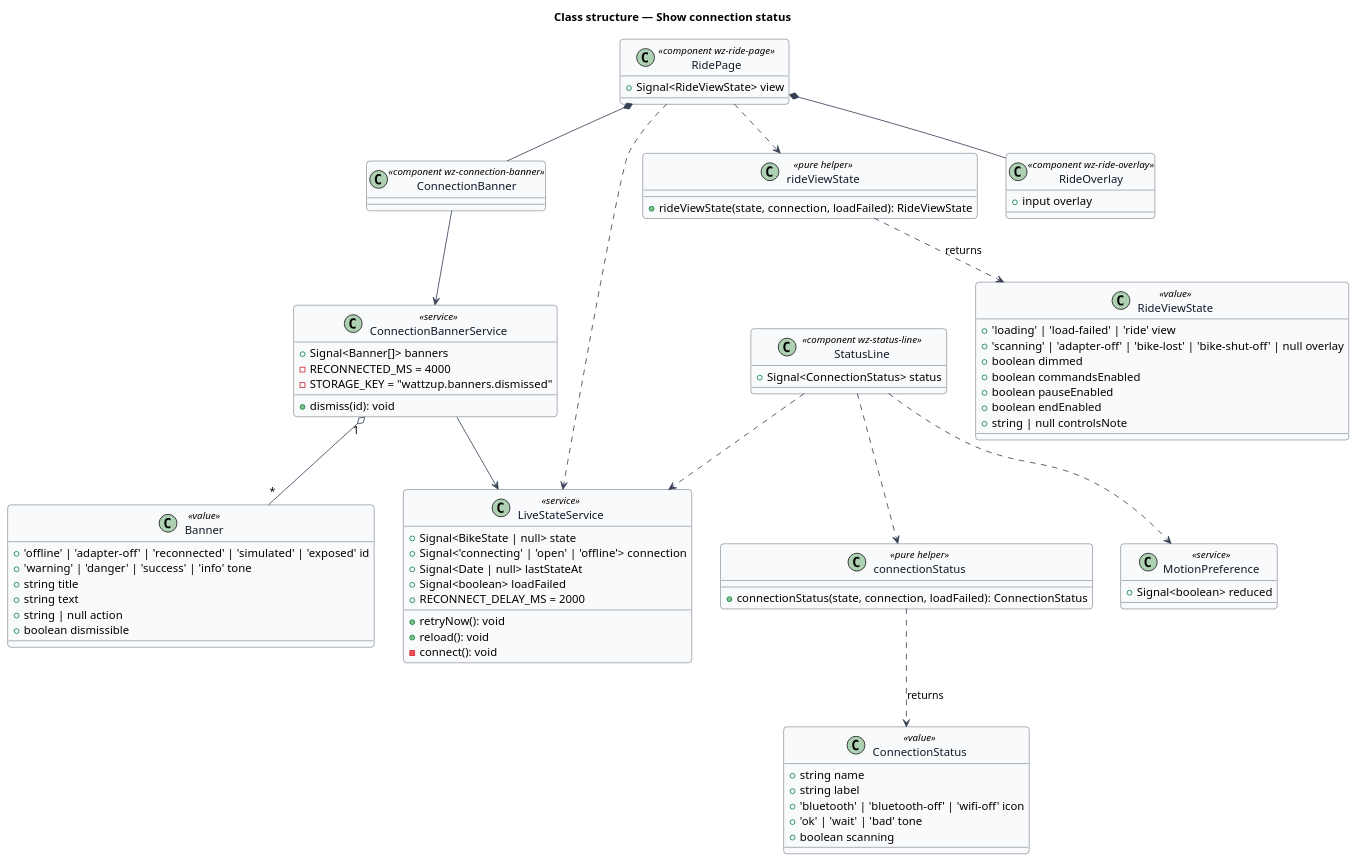
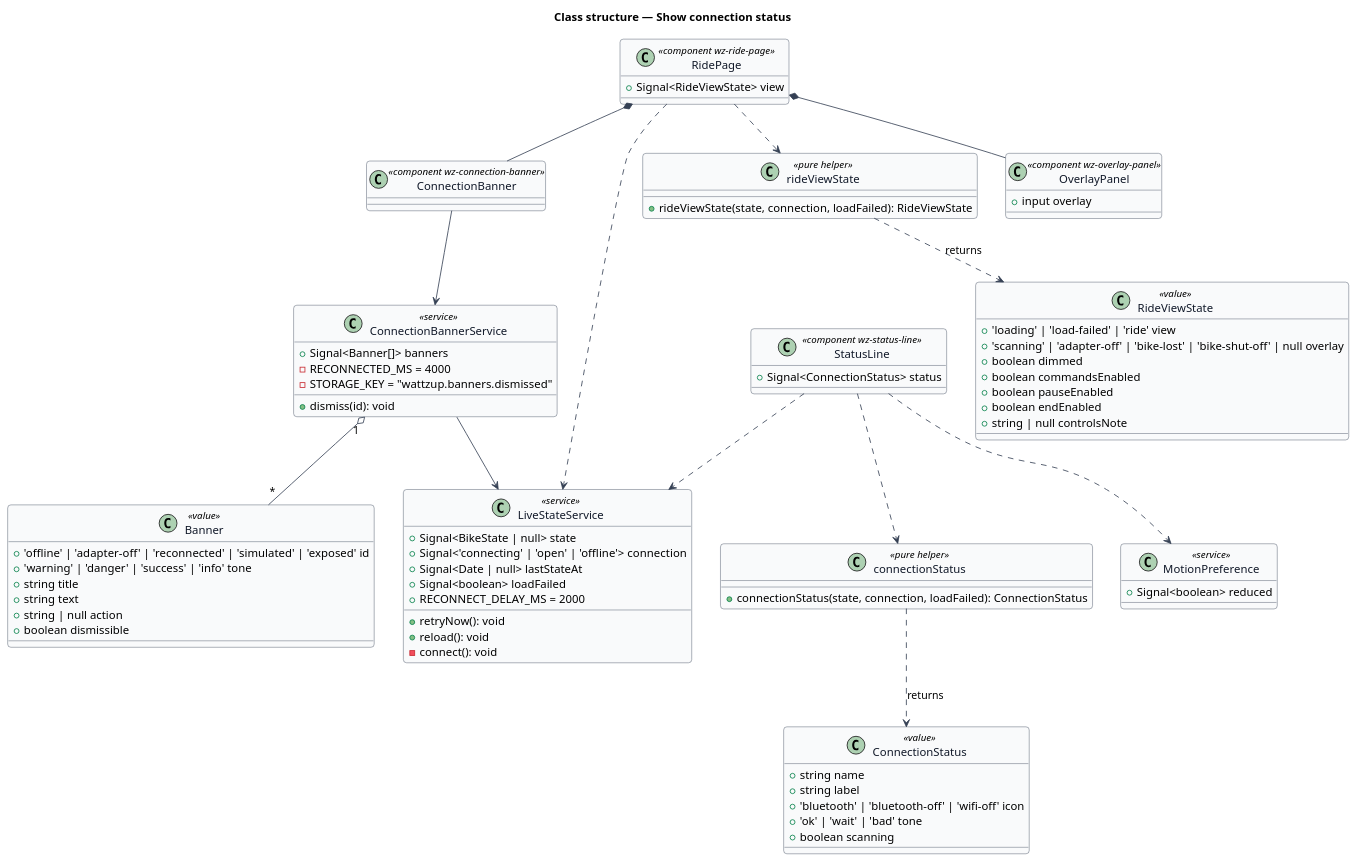
One commit to QuinntyneBrown/ride-one changed the diagram in docs/detailed-designs/dashboard/show-connection-status/diagrams/class-structure.puml. Above: the diagram before and after it, drawn with PlantUML. The commit also changed 65 other files, not shown here.

```diff
--- a/docs/detailed-designs/dashboard/show-connection-status/diagrams/class-structure.puml
+++ b/docs/detailed-designs/dashboard/show-connection-status/diagrams/class-structure.puml
@@ -1,86 +1,86 @@
 @startuml
 skinparam backgroundColor #FFFFFF
 skinparam shadowing false
 skinparam roundcorner 8
 skinparam defaultFontName Arial
 skinparam ArrowColor #344054
 skinparam class {
   BorderColor #344054
   FontColor #101828
   BackgroundColor #F9FAFB
 }
 title Class structure — Show connection status
 
 class LiveStateService <<service>> {
   +Signal<BikeState | null> state
   +Signal<'connecting' | 'open' | 'offline'> connection
   +Signal<Date | null> lastStateAt
   +Signal<boolean> loadFailed
   +RECONNECT_DELAY_MS = 2000
   +retryNow(): void
   +reload(): void
   -connect(): void
 }
 class ConnectionStatus <<value>> {
   +string name
   +string label
   +'bluetooth' | 'bluetooth-off' | 'wifi-off' icon
   +'ok' | 'wait' | 'bad' tone
   +boolean scanning
 }
 class connectionStatus <<pure helper>> {
   +connectionStatus(state, connection, loadFailed): ConnectionStatus
 }
 class RideViewState <<value>> {
   +'loading' | 'load-failed' | 'ride' view
   +'scanning' | 'adapter-off' | 'bike-lost' | 'bike-shut-off' | null overlay
   +boolean dimmed
   +boolean commandsEnabled
   +boolean pauseEnabled
   +boolean endEnabled
   +string | null controlsNote
 }
 class rideViewState <<pure helper>> {
   +rideViewState(state, connection, loadFailed): RideViewState
 }
 class Banner <<value>> {
   +'offline' | 'adapter-off' | 'reconnected' | 'simulated' | 'exposed' id
   +'warning' | 'danger' | 'success' | 'info' tone
   +string title
   +string text
   +string | null action
   +boolean dismissible
 }
 class ConnectionBannerService <<service>> {
   +Signal<Banner[]> banners
   +dismiss(id): void
   -RECONNECTED_MS = 4000
   -STORAGE_KEY = "wattzup.banners.dismissed"
 }
 class StatusLine <<component wz-status-line>> {
   +Signal<ConnectionStatus> status
 }
 class ConnectionBanner <<component wz-connection-banner>>
-class RideOverlay <<component wz-ride-overlay>> {
+class OverlayPanel <<component wz-overlay-panel>> {
   +input overlay
 }
 class RidePage <<component wz-ride-page>> {
   +Signal<RideViewState> view
 }
 class MotionPreference <<service>> {
   +Signal<boolean> reduced
 }
 
 StatusLine ..> connectionStatus
 StatusLine ..> LiveStateService
 StatusLine ..> MotionPreference
 RidePage ..> rideViewState
 RidePage ..> LiveStateService
-RidePage *-- RideOverlay
+RidePage *-- OverlayPanel
 RidePage *-- ConnectionBanner
 ConnectionBanner --> ConnectionBannerService
 ConnectionBannerService --> LiveStateService
 ConnectionBannerService "1" o-- "*" Banner
 connectionStatus ..> ConnectionStatus : returns
 rideViewState ..> RideViewState : returns
 @enduml
```
